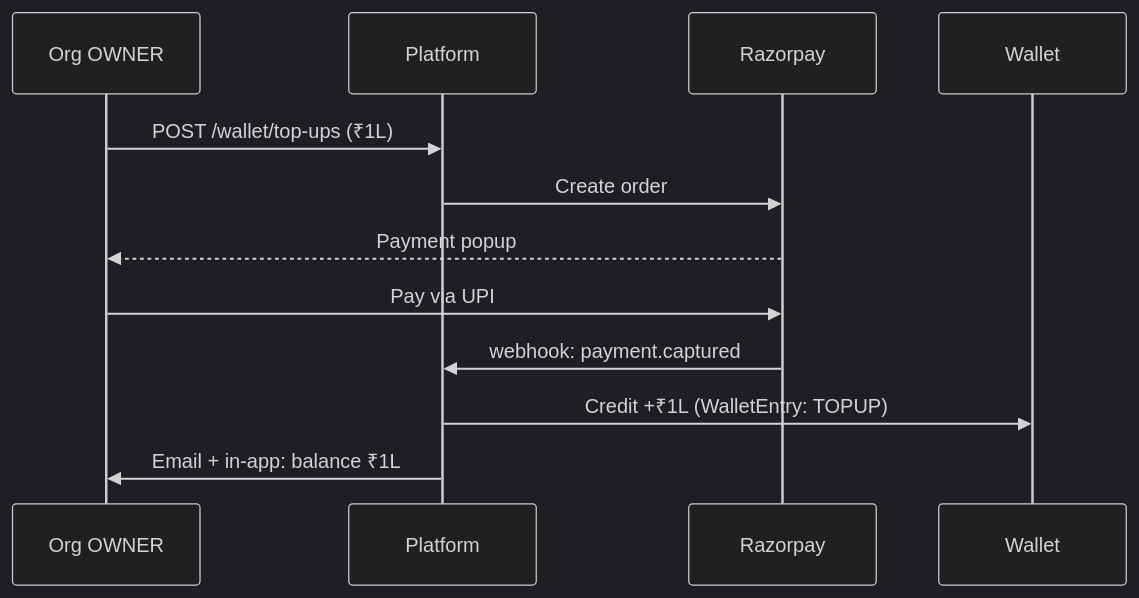
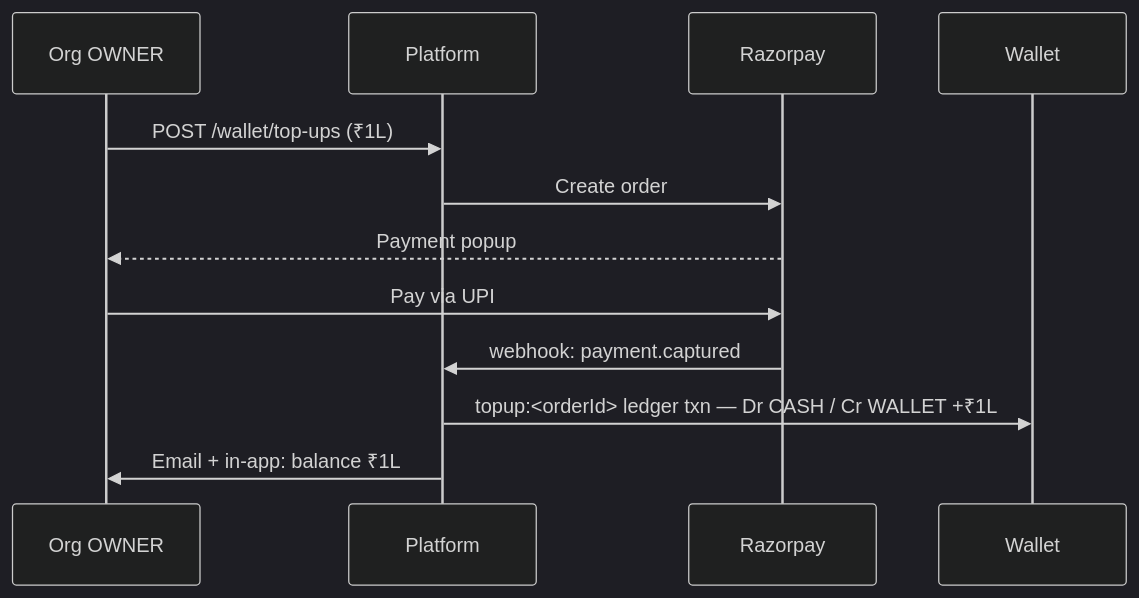
Before and after one commit to Practitionist/familiarise_web: the fourth of 24 diagrams in docs/enterprise/explainers/complete-guide.md, drawn with Mermaid (dark theme). The commit also changed other lines of this file and 78 other files, not shown here.

````diff
--- a/docs/enterprise/explainers/complete-guide.md
+++ b/docs/enterprise/explainers/complete-guide.md
@@ -420,14 +423,14 @@
 ```mermaid
 sequenceDiagram
     participant Owner as Org OWNER
     participant Platform
     participant Razorpay
     participant Wallet
     Owner->>Platform: POST /wallet/top-ups (₹1L)
     Platform->>Razorpay: Create order
     Razorpay-->>Owner: Payment popup
     Owner->>Razorpay: Pay via UPI
     Razorpay->>Platform: webhook: payment.captured
-    Platform->>Wallet: Credit +₹1L (WalletEntry: TOPUP)
+    Platform->>Wallet: topup:<orderId> ledger txn — Dr CASH / Cr WALLET +₹1L
     Platform->>Owner: Email + in-app: balance ₹1L
 ```
````
